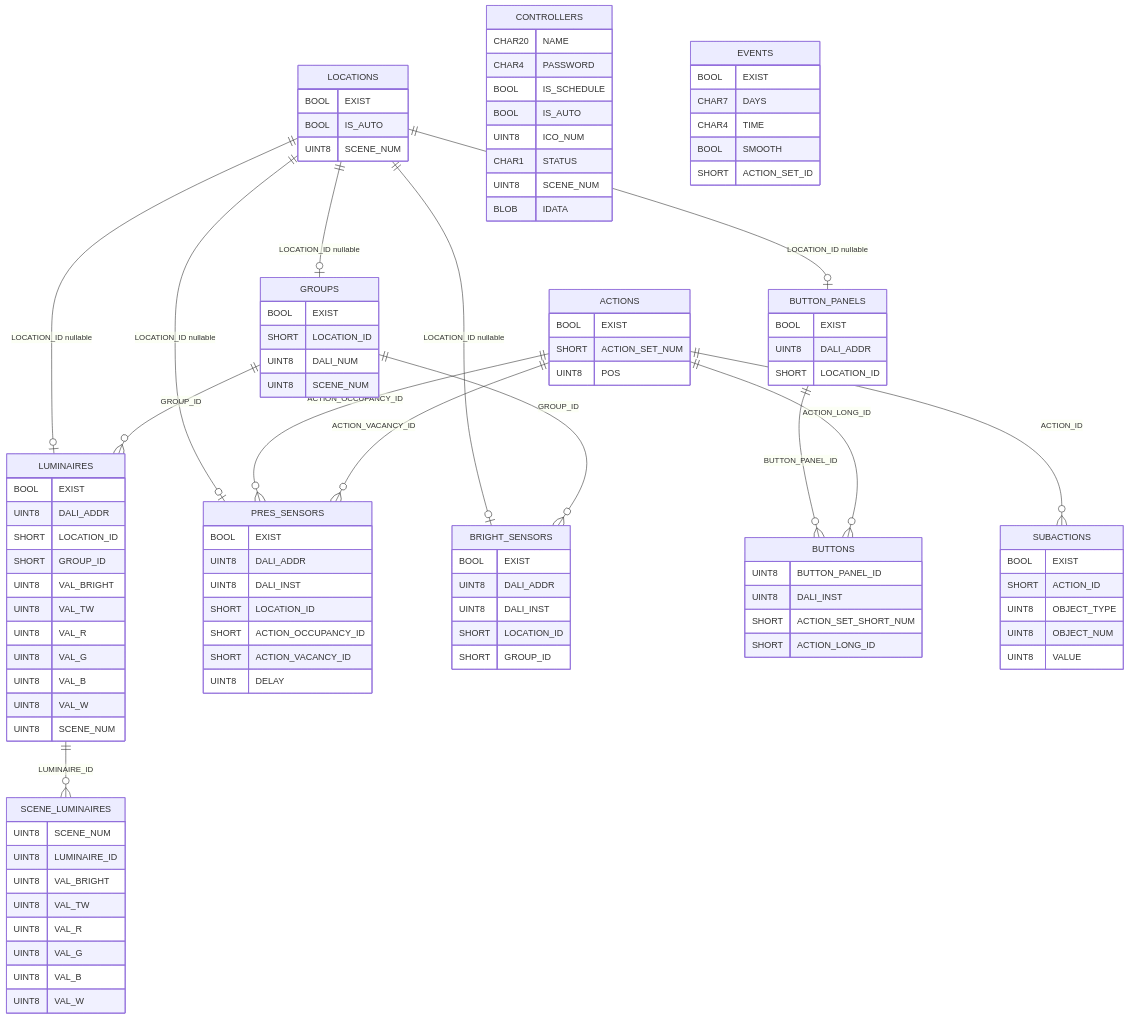
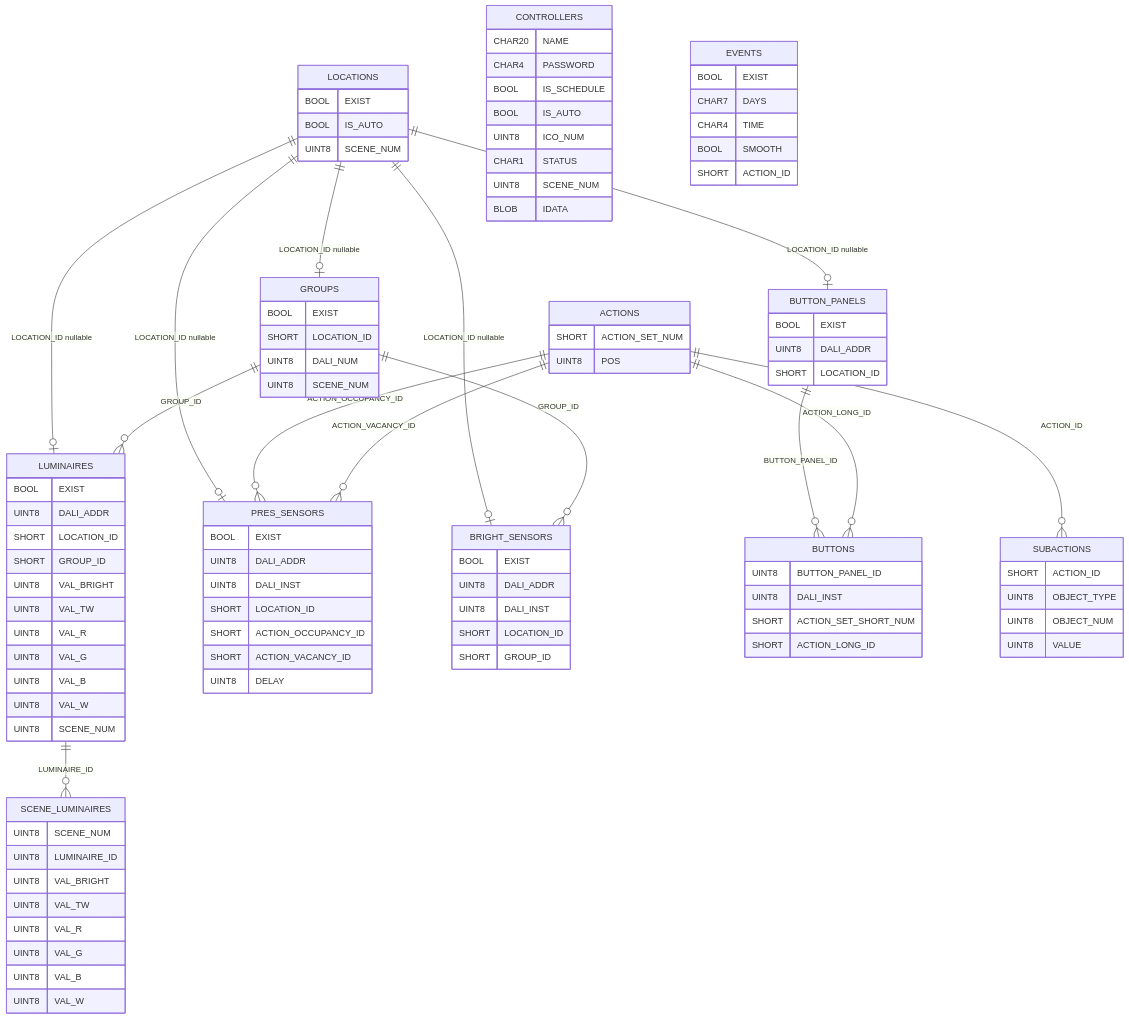
The diagram in PDS/SynapsePDS_FW_DB_scheme.md (KhudyakovAlex/Synapse), drawn with Mermaid before and after one commit. The commit also changed 14 other files, not shown here.

````diff
--- a/PDS/SynapsePDS_FW_DB_scheme.md
+++ b/PDS/SynapsePDS_FW_DB_scheme.md
@@ -101,13 +101,11 @@
     }
 
     ACTIONS {
-        BOOL EXIST
         SHORT ACTION_SET_NUM
         UINT8 POS
     }
 
     SUBACTIONS {
-        BOOL EXIST
         SHORT ACTION_ID
         UINT8 OBJECT_TYPE
         UINT8 OBJECT_NUM
@@ -119,6 +117,6 @@
         CHAR7 DAYS
         CHAR4 TIME
         BOOL SMOOTH
-        SHORT ACTION_SET_ID
+        SHORT ACTION_ID
     }
 ```
````
